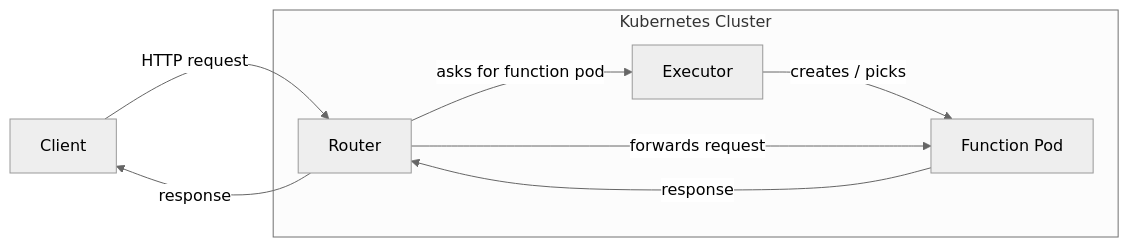
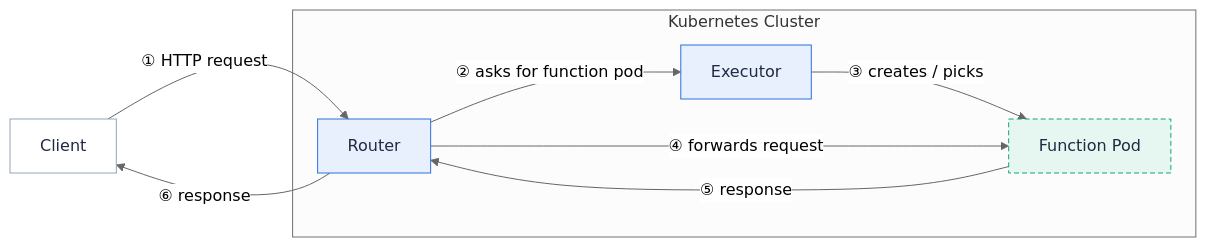
One commit to fission/fission.io changed the diagram in content/en/docs/trouble-shooting/_index.en.md. Above: the diagram before and after it, drawn with Mermaid (neutral theme). The commit also changed 30 other files, not shown here.

First line of the commit message:
Address PR feedback: zoomable diagrams, multi-color kit, centering, preview links

````diff
--- a/content/en/docs/trouble-shooting/_index.en.md
+++ b/content/en/docs/trouble-shooting/_index.en.md
@@ -17,14 +17,17 @@
 ```mermaid
 flowchart LR
-  client["Client"] -->|"HTTP request"| router["Router"]
-  router -->|"asks for function pod"| executor["Executor"]
-  executor -->|"creates / picks"| fnPod["Function Pod"]
-  router -->|"forwards request"| fnPod
-  fnPod -->|"response"| router
-  router -->|"response"| client
+  client["Client"]:::user -->|"① HTTP request"| router["Router"]
+  router -->|"② asks for function pod"| executor["Executor"]
+  executor -->|"③ creates / picks"| fnPod["Function Pod"]
+  router -->|"④ forwards request"| fnPod
+  fnPod -->|"⑤ response"| router
+  router -->|"⑥ response"| client
   subgraph k8s["Kubernetes Cluster"]
-    router
-    executor
-    fnPod
+    router:::fission
+    executor:::fission
+    fnPod:::pod
   end
+  classDef user fill:#ffffff,stroke:#94a3b8,color:#1f2a43
+  classDef fission fill:#e8f0fe,stroke:#2d70de,color:#1f2a43
+  classDef pod fill:#e6f7f1,stroke:#11a37f,color:#1f2a43,stroke-dasharray:5 3
 ```
````
